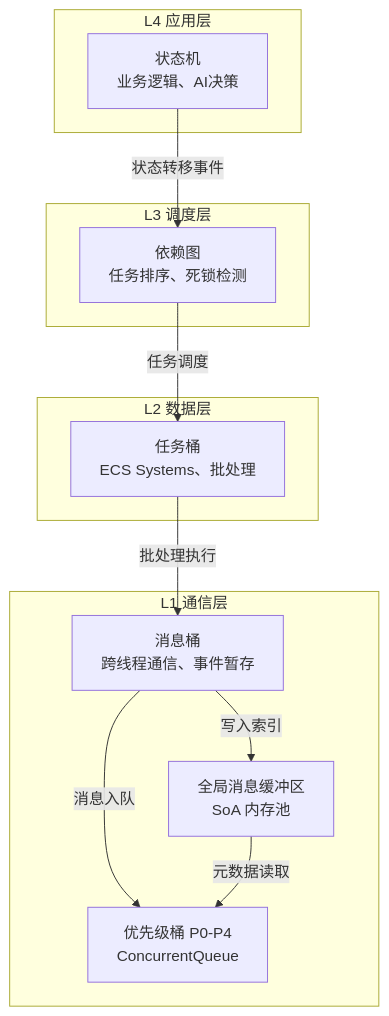
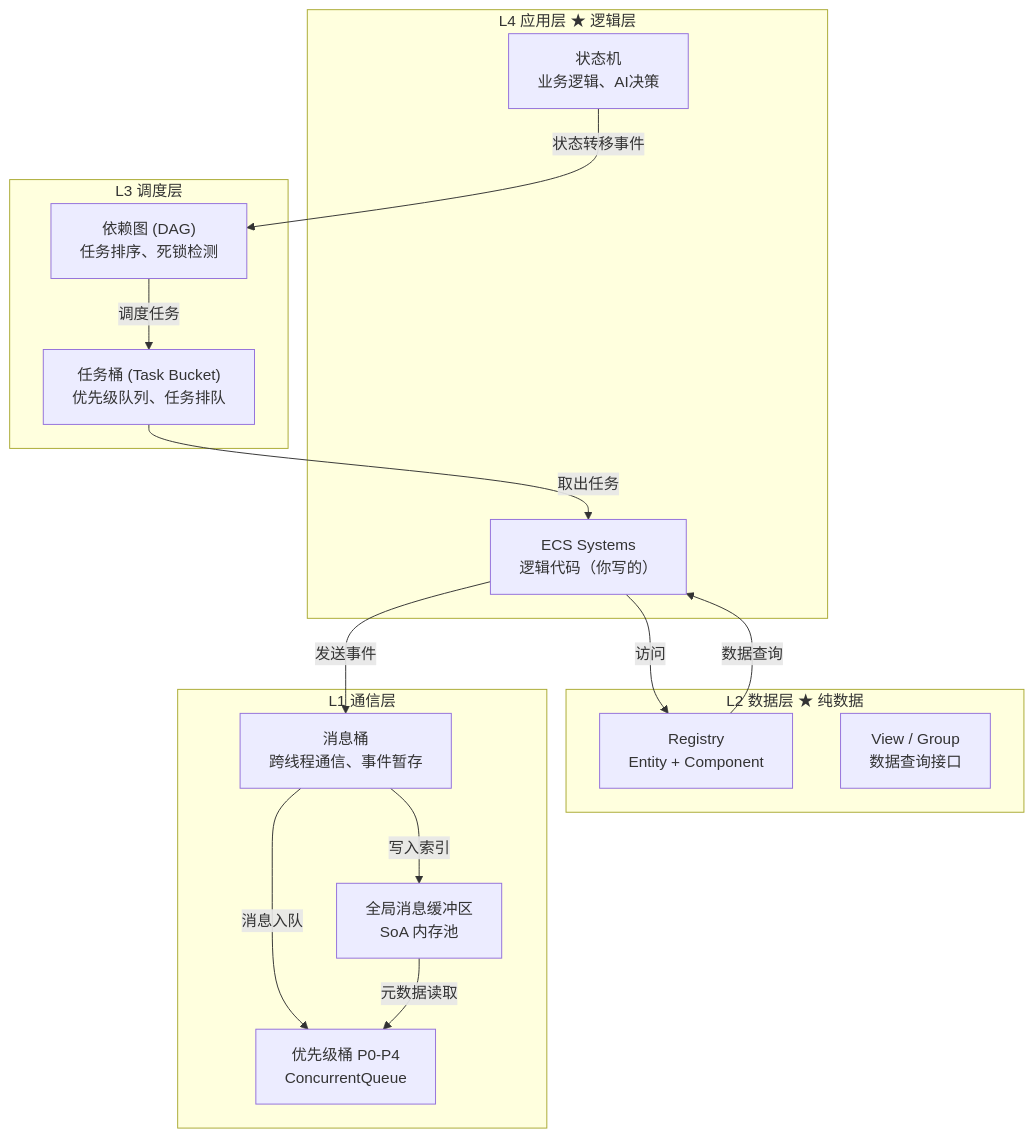
The first of 2 diagrams in src/posts/DX12Engine/EventSystem/EventSystem.md (Gunxzq/blog), drawn with Mermaid before and after one commit. The commit also changed other lines of this file and 3 other files, not shown here.

````diff
--- a/src/posts/DX12Engine/EventSystem/EventSystem.md
+++ b/src/posts/DX12Engine/EventSystem/EventSystem.md
@@ -27,27 +27,33 @@
 ```mermaid
 graph TB
-    subgraph L4["L4 应用层"]
+    subgraph L4["L4 应用层 ★ 逻辑层"]
         SM["状态机<br/>业务逻辑、AI决策"]
+        SYSTEMS["ECS Systems<br/>逻辑代码（你写的）"]
     end
 
     subgraph L3["L3 调度层"]
-        DAG["依赖图<br/>任务排序、死锁检测"]
+        DAG["依赖图 (DAG)<br/>任务排序、死锁检测"]
+        TASK_QUEUE["任务桶 (Task Bucket)<br/>优先级队列、任务排队"]
     end
 
-    subgraph L2["L2 数据层"]
-        TB["任务桶<br/>ECS Systems、批处理"]
+    subgraph L2["L2 数据层 ★ 纯数据"]
+        ECS["Registry<br/>Entity + Component"]
+        VIEWS["View / Group<br/>数据查询接口"]
     end
 
     subgraph L1["L1 通信层"]
         MB["消息桶<br/>跨线程通信、事件暂存"]
         ARENA["全局消息缓冲区<br/>SoA 内存池"]
         BUCKETS["优先级桶 P0-P4<br/>ConcurrentQueue"]
     end
 
     SM -->|"状态转移事件"| DAG
-    DAG -->|"任务调度"| TB
-    TB -->|"批处理执行"| MB
+    SYSTEMS -->|"访问"| ECS
+    ECS -->|"数据查询"| SYSTEMS
+    DAG -->|"调度任务"| TASK_QUEUE
+    TASK_QUEUE -->|"取出任务"| SYSTEMS
+    SYSTEMS -->|"发送事件"| MB
     MB -->|"消息入队"| BUCKETS
     MB -->|"写入索引"| ARENA
     ARENA -->|"元数据读取"| BUCKETS
 ```
````
